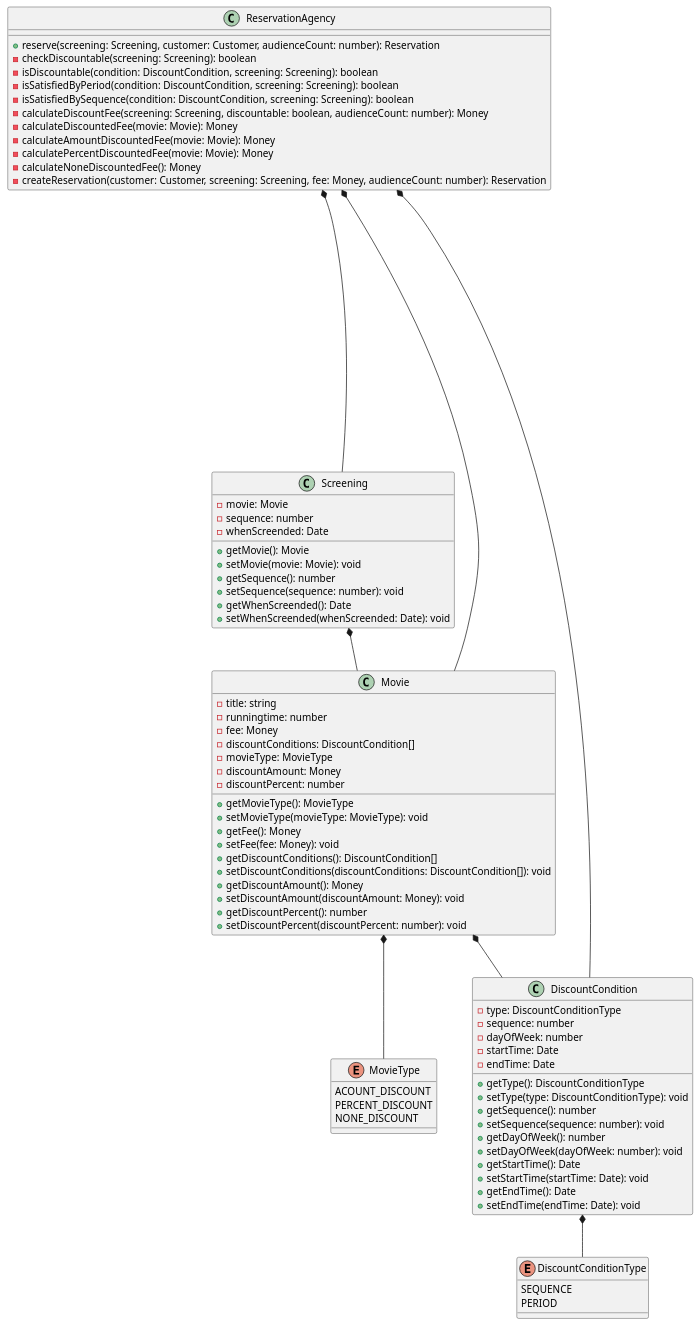
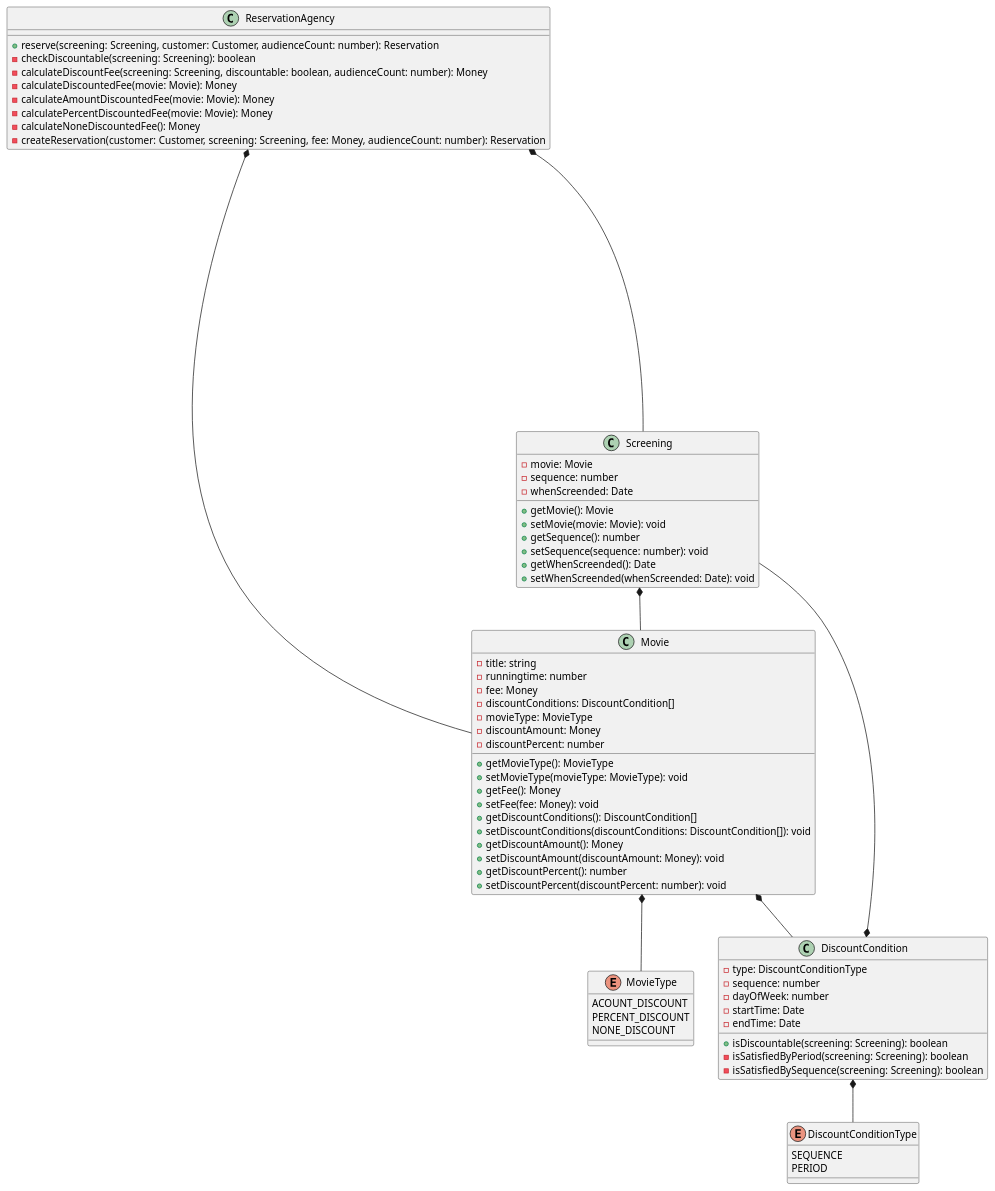
Before and after one commit to vomvoru/object-study: the diagram in chapter4/tplant.puml, drawn with PlantUML. The commit also changed 4 other files, not shown here.

```diff
--- a/chapter4/tplant.puml
+++ b/chapter4/tplant.puml
@@ -1,121 +1,111 @@
 @startuml
 class Customer {
     -name: string
     -id: string
     +getName(): string
     +setName(name: string): void
     +getId(): string
     +setId(id: string): void
 }
 enum DiscountConditionType {
     SEQUENCE
     PERIOD
-}
-class DiscountCondition {
-    -type: DiscountConditionType
-    -sequence: number
-    -dayOfWeek: number
-    -startTime: Date
-    -endTime: Date
-    +getType(): DiscountConditionType
-    +setType(type: DiscountConditionType): void
-    +getSequence(): number
-    +setSequence(sequence: number): void
-    +getDayOfWeek(): number
-    +setDayOfWeek(dayOfWeek: number): void
-    +getStartTime(): Date
-    +setStartTime(startTime: Date): void
-    +getEndTime(): Date
-    +setEndTime(endTime: Date): void
 }
 class Money {
     -amount: number
     +plus(amount: Money): Money
     +minus(amount: Money): Money
     +times(percent: number): Money
     +isLessThan(other: Money): boolean
     +isGreaterThanOrEqual(other: Money): boolean
     +{static} ZERO: Money
     +{static} wons(amount: number): Money
 }
 enum MovieType {
     ACOUNT_DISCOUNT
     PERCENT_DISCOUNT
     NONE_DISCOUNT
 }
 class Movie {
     -title: string
     -runningtime: number
     -fee: Money
     -discountConditions: DiscountCondition[]
     -movieType: MovieType
     -discountAmount: Money
     -discountPercent: number
     +getMovieType(): MovieType
     +setMovieType(movieType: MovieType): void
     +getFee(): Money
     +setFee(fee: Money): void
     +getDiscountConditions(): DiscountCondition[]
     +setDiscountConditions(discountConditions: DiscountCondition[]): void
     +getDiscountAmount(): Money
     +setDiscountAmount(discountAmount: Money): void
     +getDiscountPercent(): number
     +setDiscountPercent(discountPercent: number): void
 }
 class Screening {
     -movie: Movie
     -sequence: number
     -whenScreended: Date
     +getMovie(): Movie
     +setMovie(movie: Movie): void
     +getSequence(): number
     +setSequence(sequence: number): void
     +getWhenScreended(): Date
     +setWhenScreended(whenScreended: Date): void
 }
+class DiscountCondition {
+    -type: DiscountConditionType
+    -sequence: number
+    -dayOfWeek: number
+    -startTime: Date
+    -endTime: Date
+    +isDiscountable(screening: Screening): boolean
+    -isSatisfiedByPeriod(screening: Screening): boolean
+    -isSatisfiedBySequence(screening: Screening): boolean
+}
 class Reservation {
     -customer: Customer
     -screening: Screening
     -fee: Money
     -audienceCount: number
     +getCustomer(): Customer
     +setCustomer(customer: Customer): void
     +getScreening(): Screening
     +setScreening(screening: Screening): void
     +getFee(): Money
     +setFee(fee: Money): void
     +getAudienceCount(): number
     +setAudienceCount(audienceCount: number): void
 }
 class ReservationAgency {
     +reserve(screening: Screening, customer: Customer, audienceCount: number): Reservation
     -checkDiscountable(screening: Screening): boolean
-    -isDiscountable(condition: DiscountCondition, screening: Screening): boolean
-    -isSatisfiedByPeriod(condition: DiscountCondition, screening: Screening): boolean
-    -isSatisfiedBySequence(condition: DiscountCondition, screening: Screening): boolean
     -calculateDiscountFee(screening: Screening, discountable: boolean, audienceCount: number): Money
     -calculateDiscountedFee(movie: Movie): Money
     -calculateAmountDiscountedFee(movie: Movie): Money
     -calculatePercentDiscountedFee(movie: Movie): Money
     -calculateNoneDiscountedFee(): Money
     -createReservation(customer: Customer, screening: Screening, fee: Money, audienceCount: number): Reservation
 }
-DiscountCondition *-- DiscountConditionType
 Movie *-- Money
 Movie *-- DiscountCondition
 Movie *-- MovieType
 Screening *-- Movie
+DiscountCondition *-- DiscountConditionType
+DiscountCondition *-- Screening
 Reservation *-- Customer
 Reservation *-- Screening
 Reservation *-- Money
 ReservationAgency *-- Screening
 ReservationAgency *-- Customer
 ReservationAgency *-- Reservation
-ReservationAgency *-- DiscountCondition
 ReservationAgency *-- Money
 ReservationAgency *-- Movie
 
 hide Money
 hide Customer
 hide Reservation
 @enduml
```
